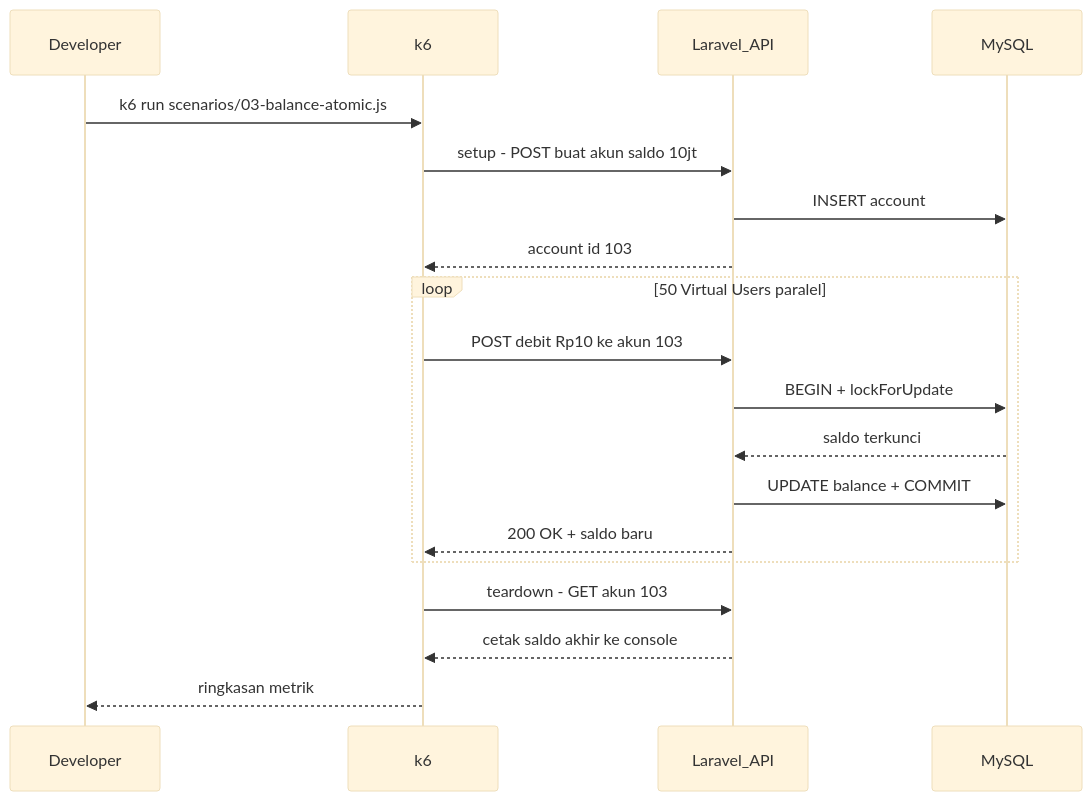
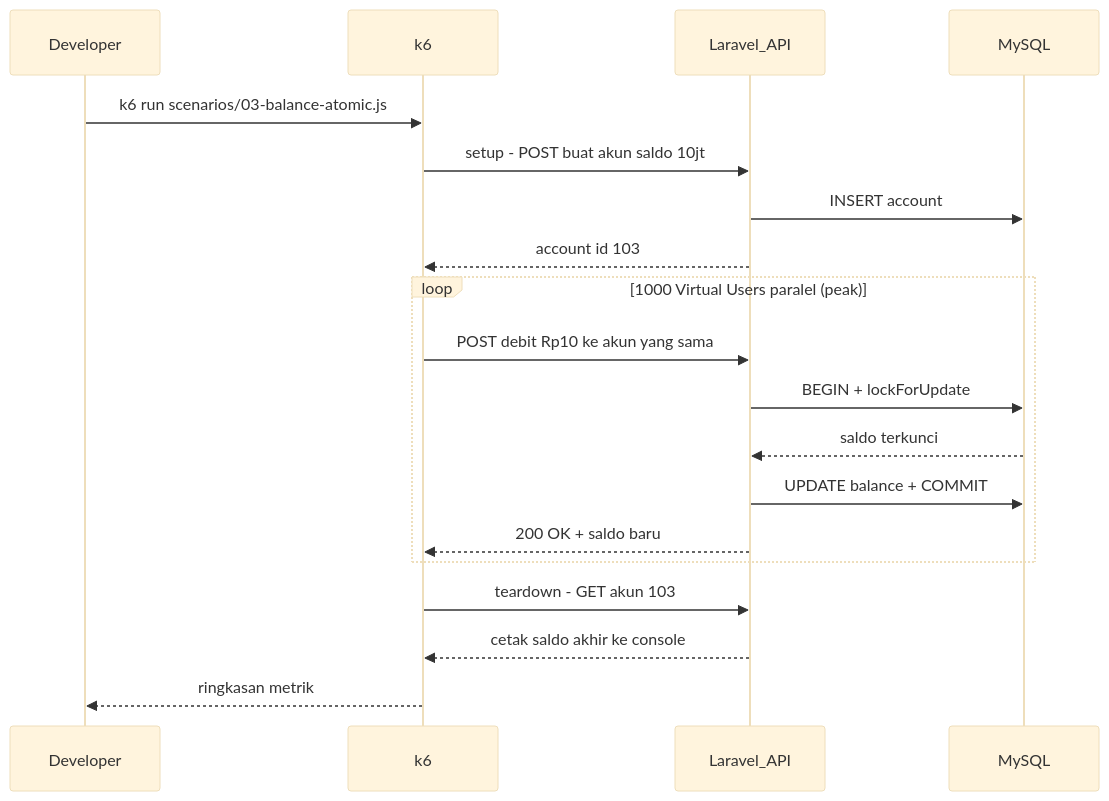
The diagram in documentation/account-management/K6_STRESS_TEST_REPORT.md (MK-Arsitektur-Backend-Lanjut/Team-12-History-Transaksi-Bank), drawn with Mermaid (base theme) before and after one commit. The commit also changed other lines of this file and 8 other files, not shown here.

````diff
--- a/documentation/account-management/K6_STRESS_TEST_REPORT.md
+++ b/documentation/account-management/K6_STRESS_TEST_REPORT.md
@@ -99,24 +103,24 @@
 ```mermaid
 sequenceDiagram
     participant Dev as Developer
     participant k6 as k6
     participant API as Laravel_API
     participant DB as MySQL
 
     Dev->>k6: k6 run scenarios/03-balance-atomic.js
     k6->>API: setup - POST buat akun saldo 10jt
     API->>DB: INSERT account
     API-->>k6: account id 103
 
-    loop 50 Virtual Users paralel
-        k6->>API: POST debit Rp10 ke akun 103
+    loop 1000 Virtual Users paralel (peak)
+        k6->>API: POST debit Rp10 ke akun yang sama
         API->>DB: BEGIN + lockForUpdate
         DB-->>API: saldo terkunci
         API->>DB: UPDATE balance + COMMIT
         API-->>k6: 200 OK + saldo baru
     end
 
     k6->>API: teardown - GET akun 103
     API-->>k6: cetak saldo akhir ke console
     k6-->>Dev: ringkasan metrik
 ```
````
